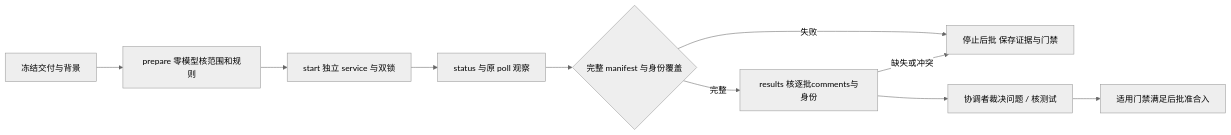
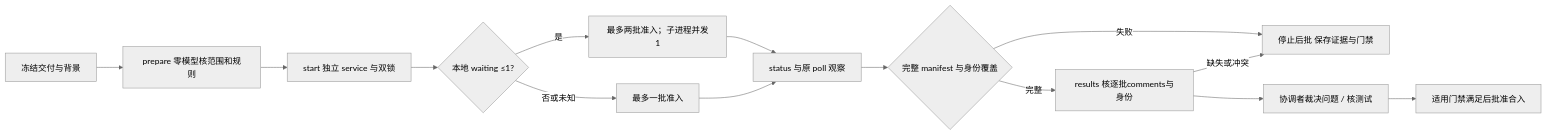
One commit to wangzd9/skill-backup changed the fifth of 6 diagrams in docs/SKILL-DEVELOPMENT-WORKFLOW.md. Above: the diagram before and after it, drawn with Mermaid (neutral theme). The commit also changed other lines of this file and 469 other files, not shown here.

````diff
--- a/docs/SKILL-DEVELOPMENT-WORKFLOW.md
+++ b/docs/SKILL-DEVELOPMENT-WORKFLOW.md
@@ -340,12 +411,16 @@
 ```mermaid
 flowchart LR
     P[冻结交付与背景] --> V[prepare 零模型核范围和规则]
     V --> S[start 独立 service 与双锁]
-    S --> O[status 与原 poll 观察]
+    S --> Q{本地 waiting ≤1?}
+    Q -- 是 --> P2[最多两批准入；子进程并发1]
+    Q -- 否或未知 --> P1[最多一批准入]
+    P2 --> O[status 与原 poll 观察]
+    P1 --> O
     O --> C{完整 manifest 与身份覆盖}
     C -- 失败 --> F[停止后批 保存证据与门禁]
     C -- 完整 --> R[results 核逐批comments与身份]
     R --> D[协调者裁决问题 / 核测试]
     R -- 缺失或冲突 --> F
     D --> M[适用门禁满足后批准合入]
 ```
````
